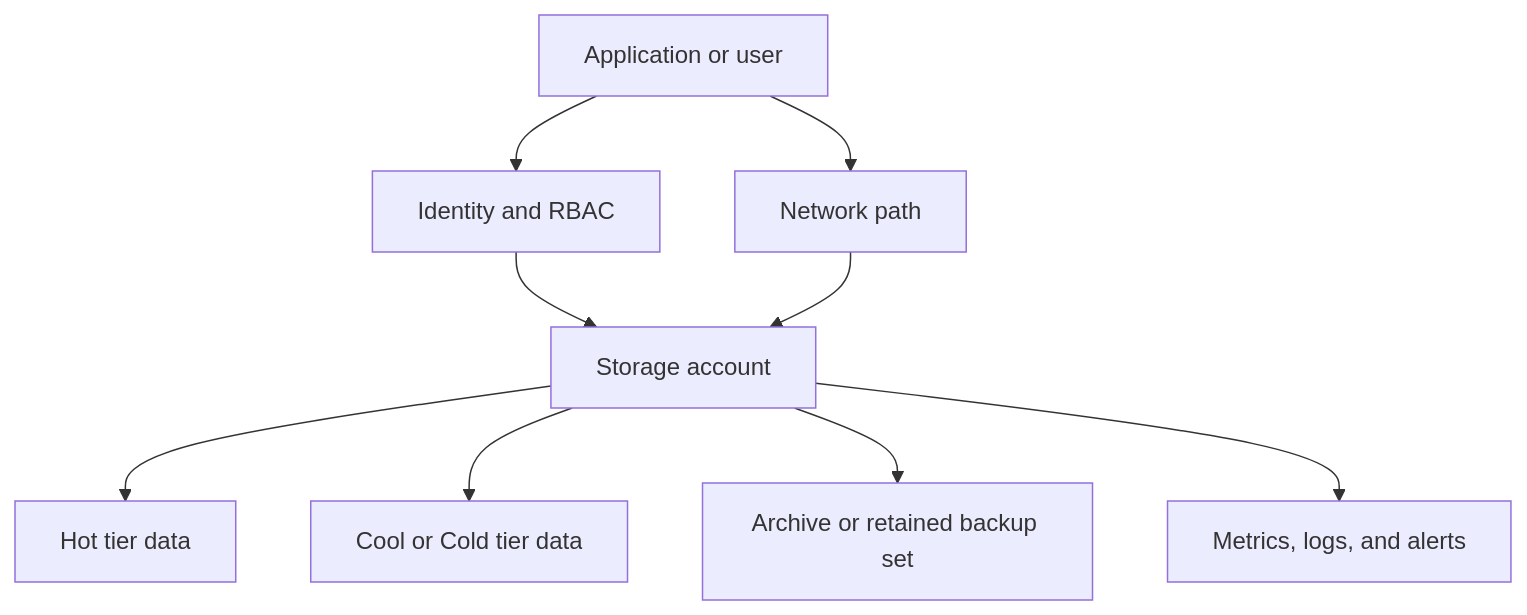
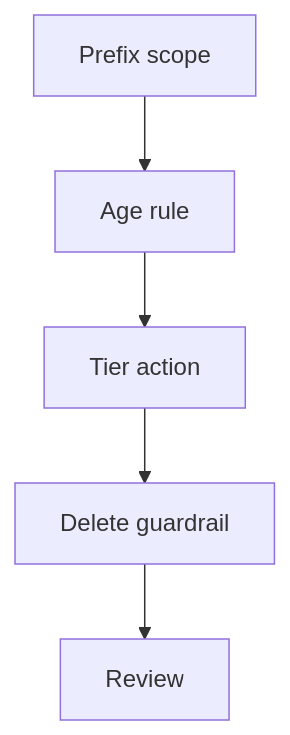
One commit to yeongseon/azure-storage-practical-guide changed the diagram in docs/best-practices/lifecycle-management-best-practices.md. Above: the diagram before and after it, drawn with Mermaid. The commit also changed other lines of this file and 90 other files, not shown here.

````diff
--- a/docs/best-practices/lifecycle-management-best-practices.md
+++ b/docs/best-practices/lifecycle-management-best-practices.md
@@ -416,11 +30,12 @@
 ```mermaid
 flowchart TD
-    A[Application or user] --> B[Identity and RBAC]
-    A --> C[Network path]
-    B --> D[Storage account]
+    A[Prefix scope]
+    B[Age rule]
+    A --> B
+    C[Tier action]
+    B --> C
+    D[Delete guardrail]
     C --> D
-    D --> E[Hot tier data]
-    D --> F[Cool or Cold tier data]
-    D --> G[Archive or retained backup set]
-    D --> H[Metrics, logs, and alerts]
+    E[Review]
+    D --> E
 ```
````
